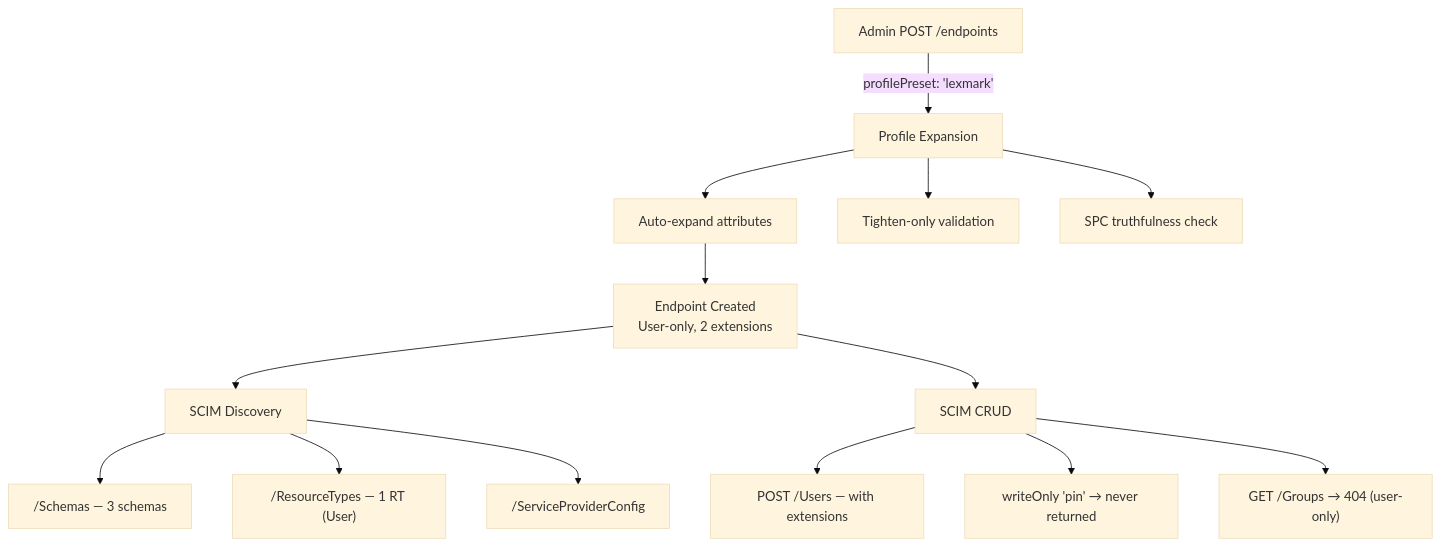
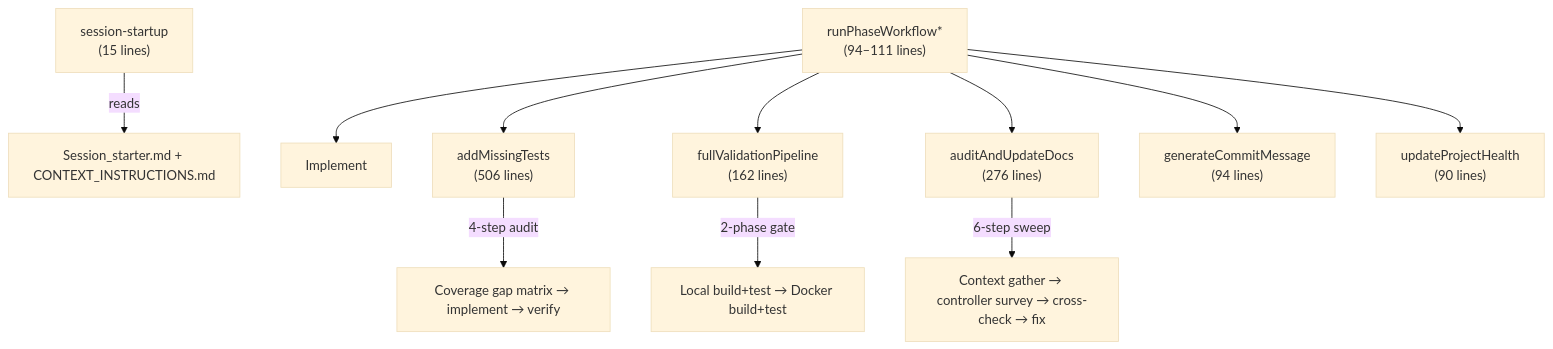
The fifth of 8 diagrams in docs/CASE_STUDY_AI_ASSISTED_DEVELOPMENT.md (pranems/SCIMServer), drawn with Mermaid (base theme) before and after one commit. The commit also changed other lines of this file, not shown here.

````diff
--- a/docs/CASE_STUDY_AI_ASSISTED_DEVELOPMENT.md
+++ b/docs/CASE_STUDY_AI_ASSISTED_DEVELOPMENT.md
@@ -695,16 +288,15 @@
 ```mermaid
 graph TD
-    A[Admin POST /endpoints] -->|profilePreset: 'lexmark'| B[Profile Expansion]
-    B --> C[Auto-expand attributes]
-    B --> D[Tighten-only validation]
-    B --> E[SPC truthfulness check]
-    C --> F["Endpoint Created<br/>User-only, 2 extensions"]
-    F --> G[SCIM Discovery]
-    G --> H["/Schemas — 3 schemas"]
-    G --> I["/ResourceTypes — 1 RT (User)"]
-    G --> J["/ServiceProviderConfig"]
-    F --> K[SCIM CRUD]
-    K --> L["POST /Users — with extensions"]
-    K --> M["writeOnly 'pin' → never returned"]
-    K --> N["GET /Groups → 404 (user-only)"]
+    A["session-startup<br/>(15 lines)"] -->|reads| B["Session_starter.md + CONTEXT_INSTRUCTIONS.md"]
+    
+    C["runPhaseWorkflow*<br/>(94–111 lines)"] --> D[Implement]
+    C --> E["addMissingTests<br/>(506 lines)"]
+    C --> F["fullValidationPipeline<br/>(162 lines)"]
+    C --> G["auditAndUpdateDocs<br/>(276 lines)"]
+    C --> H["generateCommitMessage<br/>(94 lines)"]
+    C --> I["updateProjectHealth<br/>(90 lines)"]
+    
+    E -->|"4-step audit"| J[Coverage gap matrix → implement → verify]
+    F -->|"2-phase gate"| K[Local build+test → Docker build+test]
+    G -->|"6-step sweep"| L[Context gather → controller survey → cross-check → fix]
 ```
````
